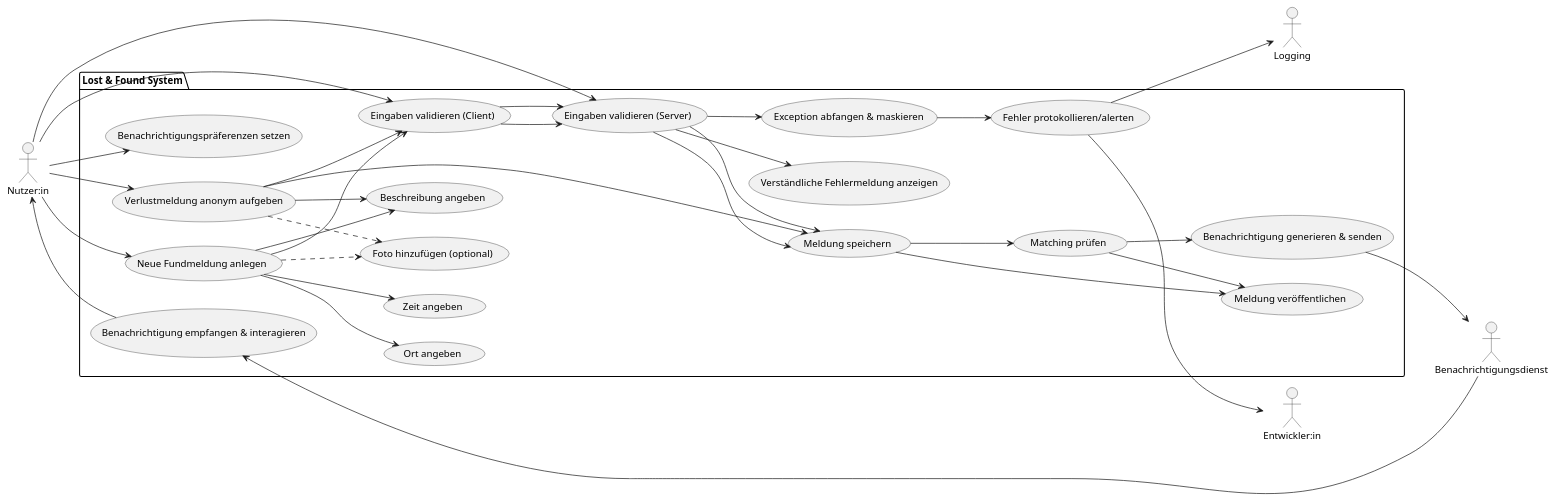
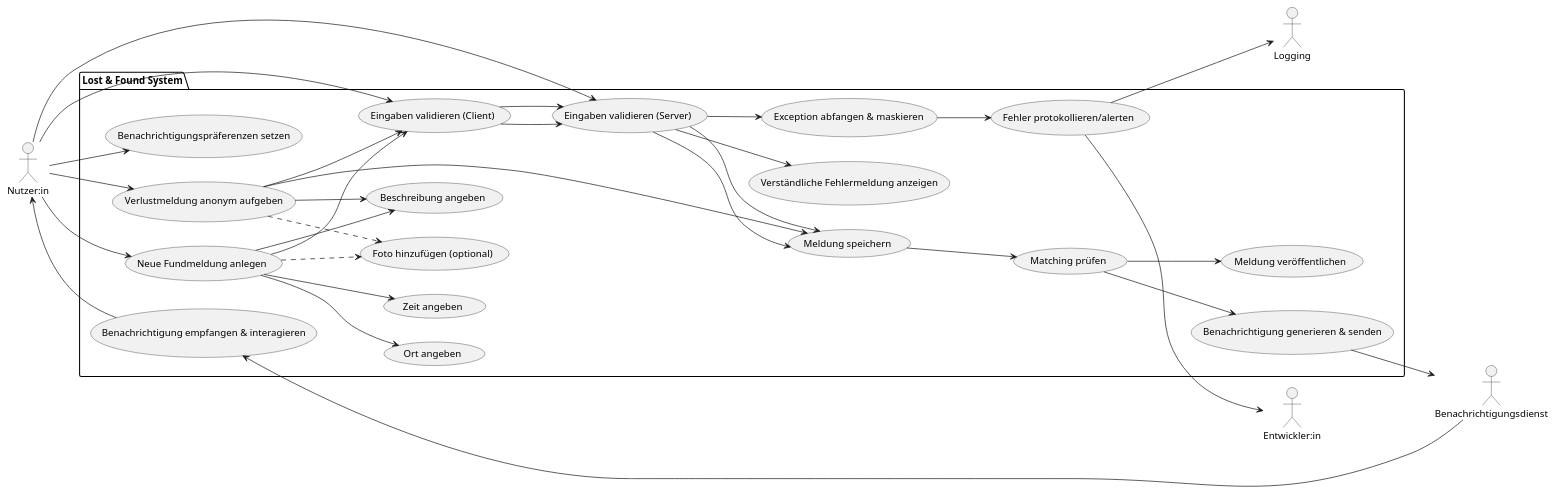
One commit to Tom0603/SoftwareEngineering_Lecture changed the diagram in docs/architecture/use-case-user-stories.puml. Above: the diagram before and after it, drawn with PlantUML.

Commit message:
Fix use case user story

```diff
--- a/docs/architecture/use-case-user-stories.puml
+++ b/docs/architecture/use-case-user-stories.puml
@@ -1,67 +1,65 @@
 @startuml
 
 left to right direction
 
 actor "Nutzer:in" as stud
 actor "Entwickler:in" as dev
 actor "Logging" as log
 actor "Benachrichtigungsdienst" as notif
 
 package "Lost & Found System" {
   usecase "Verlustmeldung anonym aufgeben" as UC11
   usecase "Ort angeben" as UC12
   usecase "Zeit angeben" as UC13
   usecase "Beschreibung angeben" as UC14
   usecase "Foto hinzufügen (optional)" as UC15
   usecase "Meldung speichern" as UC16
   usecase "Meldung veröffentlichen" as UC17
 
   usecase "Eingaben validieren (Client)" as UC21
   usecase "Eingaben validieren (Server)" as UC22
   usecase "Verständliche Fehlermeldung anzeigen" as UC23
   usecase "Exception abfangen & maskieren" as UC24
   usecase "Fehler protokollieren/alerten" as UC25
 
   usecase "Neue Fundmeldung anlegen" as UC31
   usecase "Benachrichtigungspräferenzen setzen" as UC32
   usecase "Matching prüfen" as UC34
   usecase "Benachrichtigung generieren & senden" as UC35
   usecase "Benachrichtigung empfangen & interagieren" as UC36
 }
 
 stud --> UC11
 UC11 --> UC14
 UC11 ..> UC15
 UC11 --> UC16
 UC11 --> UC21
 UC21 --> UC22
 UC22 --> UC16
-UC16 --> UC17
+UC16 --> UC34
+UC34 --> UC17
 
 stud --> UC31
 UC31 --> UC12
 UC31 --> UC13
 UC31 --> UC14
 UC31 ..> UC15
 UC31 --> UC21
 UC21 --> UC22
 UC22 --> UC16
 
 stud --> UC32
 UC34 --> UC35
 UC35 --> notif
 notif --> UC36
 UC36 --> stud
 
-UC16 --> UC34
-UC34 --> UC17
-
 stud --> UC21
 stud --> UC22
 UC22 --> UC23
 UC22 --> UC24
 UC24 --> UC25
 UC25 --> log
 UC25 --> dev
 
 @enduml
```
